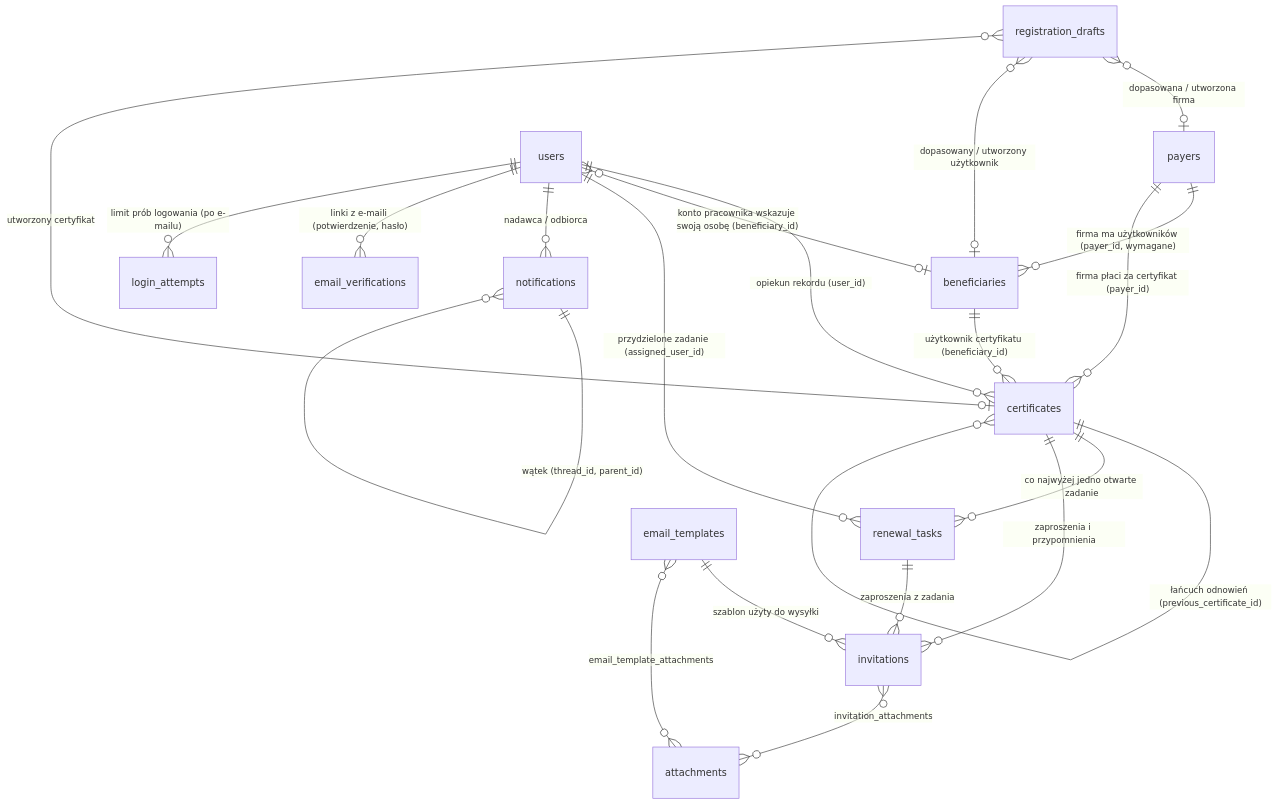
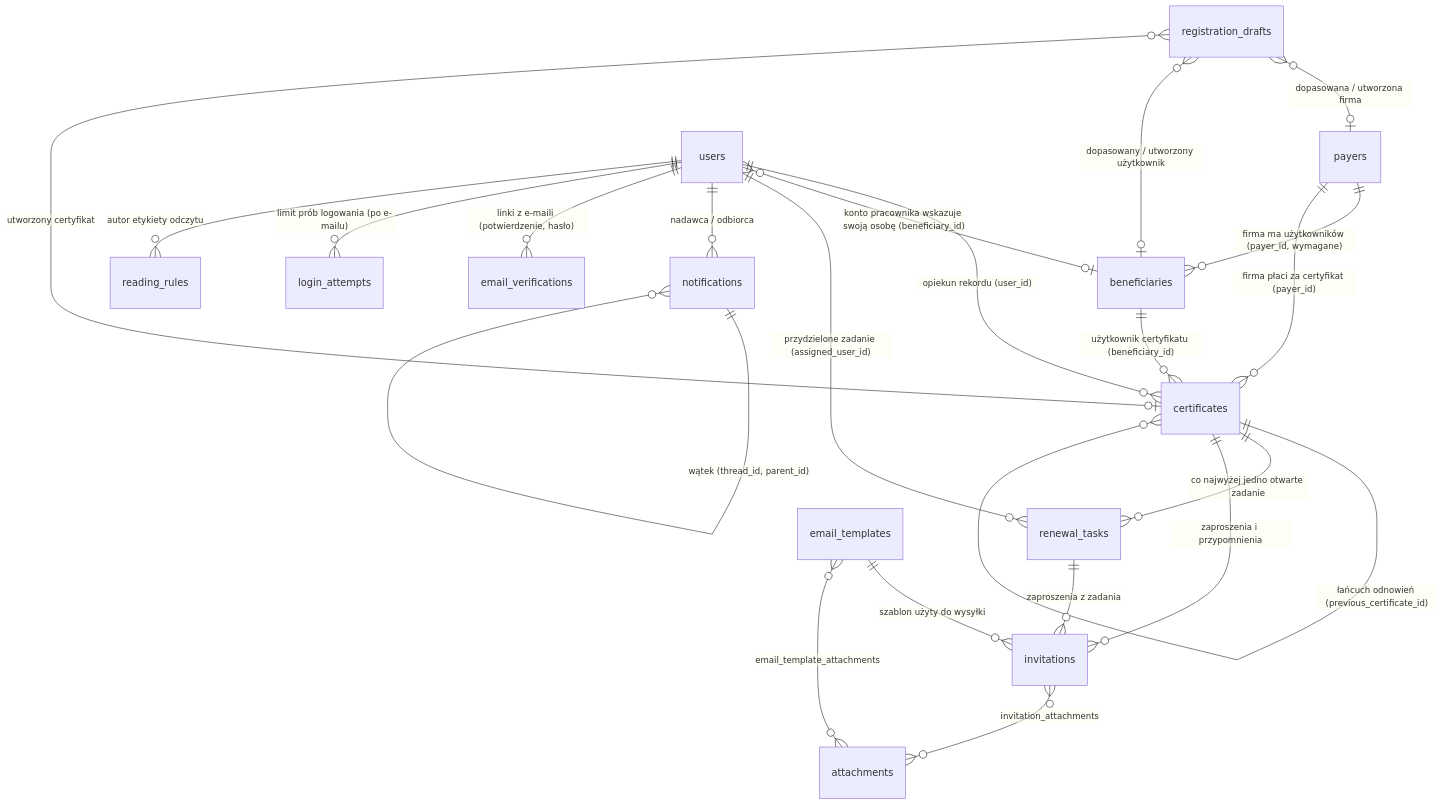
Before and after one commit to llumiiss/diploma: the diagram in docs/BAZA_DANYCH.md, drawn with Mermaid. The commit also changed other lines of this file and 56 other files, not shown here.

````diff
--- a/docs/BAZA_DANYCH.md
+++ b/docs/BAZA_DANYCH.md
@@ -19,23 +19,24 @@
 ```mermaid
 erDiagram
     payers ||--o{ beneficiaries : "firma ma użytkowników (payer_id, wymagane)"
     payers ||--o{ certificates : "firma płaci za certyfikat (payer_id)"
     beneficiaries ||--o{ certificates : "użytkownik certyfikatu (beneficiary_id)"
     users ||--o{ certificates : "opiekun rekordu (user_id)"
     users }o--o| beneficiaries : "konto pracownika wskazuje swoją osobę (beneficiary_id)"
     certificates ||--o{ certificates : "łańcuch odnowień (previous_certificate_id)"
     certificates ||--o{ renewal_tasks : "co najwyżej jedno otwarte zadanie"
     users ||--o{ renewal_tasks : "przydzielone zadanie (assigned_user_id)"
     certificates ||--o{ invitations : "zaproszenia i przypomnienia"
     renewal_tasks ||--o{ invitations : "zaproszenia z zadania"
     email_templates ||--o{ invitations : "szablon użyty do wysyłki"
     email_templates }o--o{ attachments : "email_template_attachments"
     invitations }o--o{ attachments : "invitation_attachments"
     users ||--o{ notifications : "nadawca / odbiorca"
     notifications ||--o{ notifications : "wątek (thread_id, parent_id)"
     registration_drafts }o--o| payers : "dopasowana / utworzona firma"
     registration_drafts }o--o| beneficiaries : "dopasowany / utworzony użytkownik"
     registration_drafts }o--o| certificates : "utworzony certyfikat"
     users ||--o{ email_verifications : "linki z e-maili (potwierdzenie, hasło)"
     users ||--o{ login_attempts : "limit prób logowania (po e-mailu)"
+    users ||--o{ reading_rules : "autor etykiety odczytu"
 ```
````
